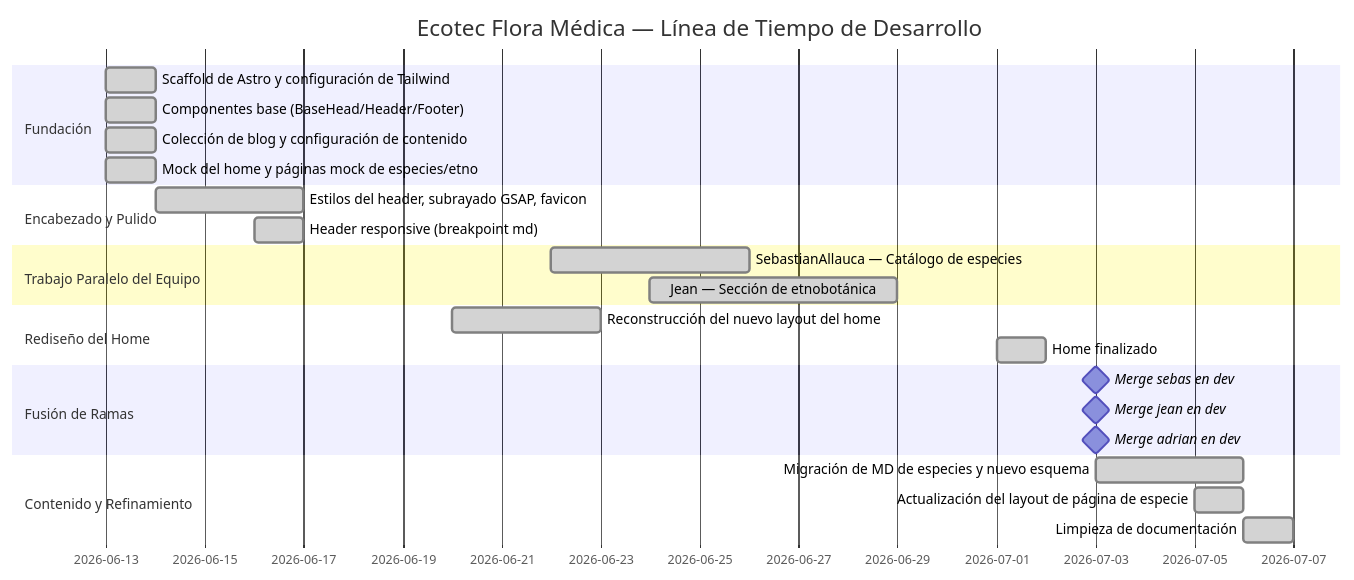
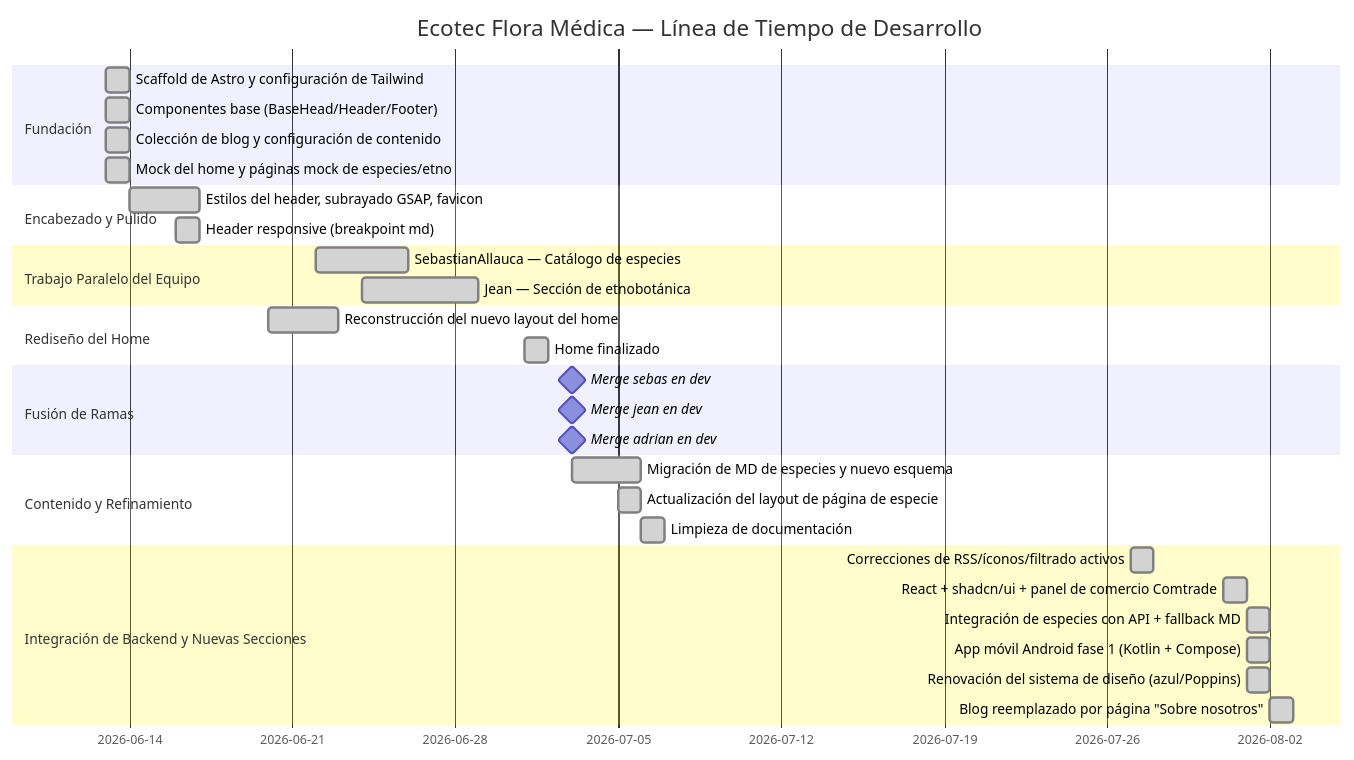
Before and after one commit to alps2005/ecotec-flora-medica: the diagram in docs/DEVELOPMENT_HISTORY.md, drawn with Mermaid. The commit also changed other lines of this file and 9 other files, not shown here.

First line of the commit message:
docs: actualizar documentación para reflejar la integración con la API, el nuevo panel de comercio y el rediseño

````diff
--- a/docs/DEVELOPMENT_HISTORY.md
+++ b/docs/DEVELOPMENT_HISTORY.md
@@ -9,33 +9,41 @@
 ```mermaid
 gantt
     dateFormat  YYYY-MM-DD
     title Ecotec Flora Médica — Línea de Tiempo de Desarrollo
 
     section Fundación
     Scaffold de Astro y configuración de Tailwind  :done, 2026-06-13, 1d
     Componentes base (BaseHead/Header/Footer)       :done, 2026-06-13, 1d
     Colección de blog y configuración de contenido  :done, 2026-06-13, 1d
     Mock del home y páginas mock de especies/etno   :done, 2026-06-13, 1d
 
     section Encabezado y Pulido
     Estilos del header, subrayado GSAP, favicon     :done, 2026-06-14, 3d
     Header responsive (breakpoint md)               :done, 2026-06-16, 1d
 
     section Trabajo Paralelo del Equipo
     SebastianAllauca — Catálogo de especies         :done, 2026-06-22, 4d
     Jean — Sección de etnobotánica                  :done, 2026-06-24, 5d
 
     section Rediseño del Home
     Reconstrucción del nuevo layout del home        :done, 2026-06-20, 3d
     Home finalizado                                 :done, 2026-07-01, 1d
 
     section Fusión de Ramas
     Merge sebas en dev                              :milestone, 2026-07-03, 0d
     Merge jean en dev                               :milestone, 2026-07-03, 0d
     Merge adrian en dev                             :milestone, 2026-07-03, 0d
 
     section Contenido y Refinamiento
     Migración de MD de especies y nuevo esquema     :done, 2026-07-03, 3d
     Actualización del layout de página de especie   :done, 2026-07-05, 1d
     Limpieza de documentación                       :done, 2026-07-06, 1d
+
+    section Integración de Backend y Nuevas Secciones
+    Correcciones de RSS/íconos/filtrado activos     :done, 2026-07-27, 1d
+    React + shadcn/ui + panel de comercio Comtrade  :done, 2026-07-31, 1d
+    Integración de especies con API + fallback MD   :done, 2026-08-01, 1d
+    App móvil Android fase 1 (Kotlin + Compose)      :done, 2026-08-01, 1d
+    Renovación del sistema de diseño (azul/Poppins)  :done, 2026-08-01, 1d
+    Blog reemplazado por página "Sobre nosotros"     :done, 2026-08-02, 1d
 ```
````
